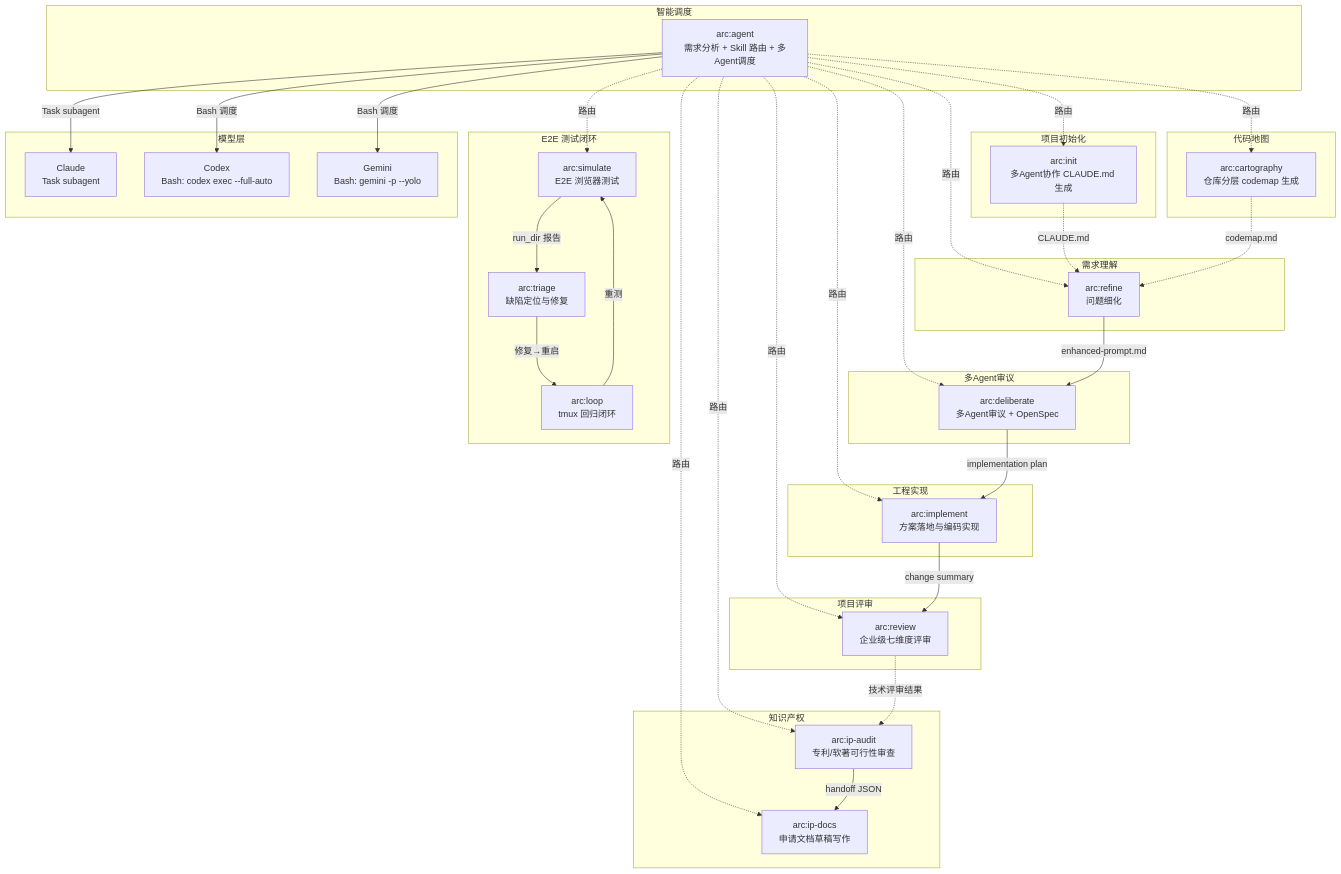
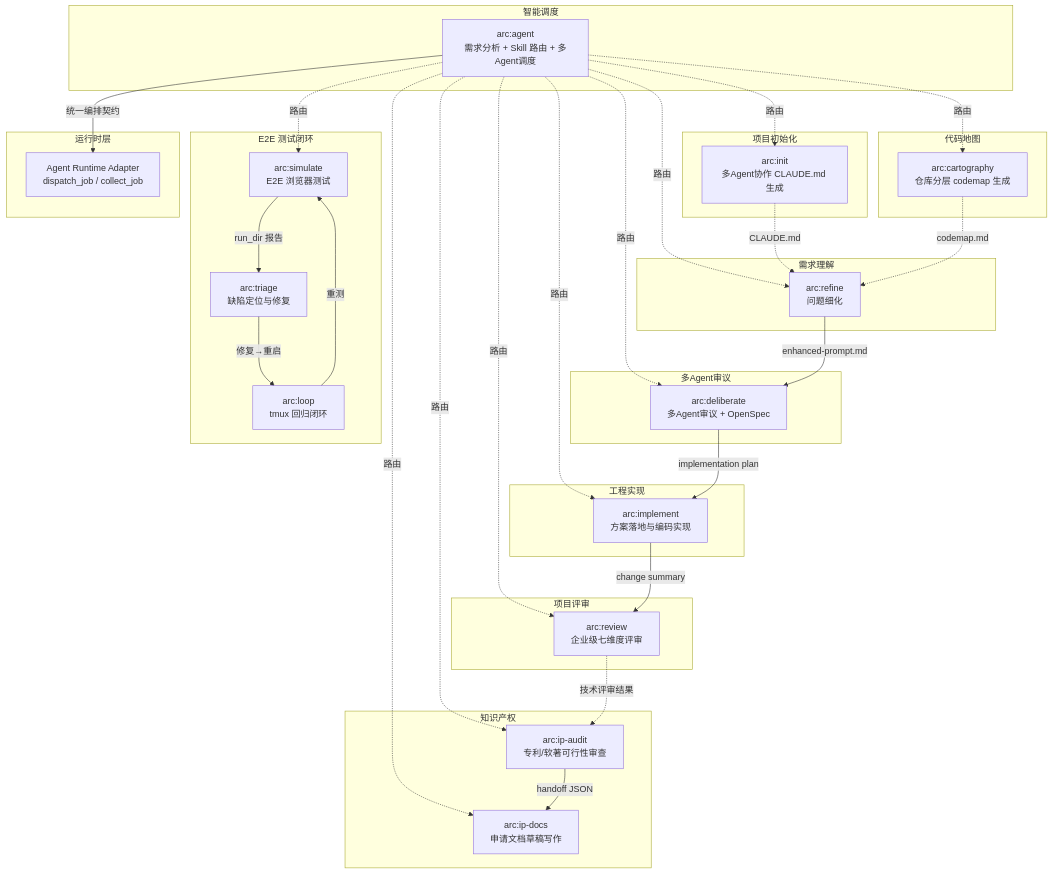
The first of 2 diagrams in README.md (iwen-conf/Skills), drawn with Mermaid before and after one commit. The commit also changed other lines of this file and 53 other files, not shown here.

````diff
--- a/README.md
+++ b/README.md
@@ -7,62 +7,58 @@
 ```mermaid
 graph TD
     subgraph "智能调度"
         agent["arc:agent<br/>需求分析 + Skill 路由 + 多Agent调度"]
     end
     subgraph "项目初始化"
         init["arc:init<br/>多Agent协作 CLAUDE.md 生成"]
     end
     subgraph "代码地图"
         cartography["arc:cartography<br/>仓库分层 codemap 生成"]
     end
     subgraph "需求理解"
         refine["arc:refine<br/>问题细化"]
     end
     subgraph "多Agent审议"
         deliberate["arc:deliberate<br/>多Agent审议 + OpenSpec"]
     end
     subgraph "工程实现"
         implement["arc:implement<br/>方案落地与编码实现"]
     end
     subgraph "项目评审"
         review["arc:review<br/>企业级七维度评审"]
     end
     subgraph "知识产权"
         ip_audit["arc:ip-audit<br/>专利/软著可行性审查"]
         ip_docs["arc:ip-docs<br/>申请文档草稿写作"]
     end
     subgraph "E2E 测试闭环"
         simulate["arc:simulate<br/>E2E 浏览器测试"]
         triage["arc:triage<br/>缺陷定位与修复"]
         loop["arc:loop<br/>tmux 回归闭环"]
     end
-    subgraph "模型层"
-        claude["Claude<br/>Task subagent"]
-        codex["Codex<br/>Bash: codex exec --full-auto"]
-        gemini["Gemini<br/>Bash: gemini -p --yolo"]
+    subgraph "运行时层"
+        runtime["Agent Runtime Adapter<br/>dispatch_job / collect_job"]
     end
 
     agent -.->|"路由"| init
     agent -.->|"路由"| cartography
     agent -.->|"路由"| refine
     agent -.->|"路由"| deliberate
     agent -.->|"路由"| implement
     agent -.->|"路由"| review
     agent -.->|"路由"| ip_audit
     agent -.->|"路由"| ip_docs
     agent -.->|"路由"| simulate
-    agent -->|"Task subagent"| claude
-    agent -->|"Bash 调度"| codex
-    agent -->|"Bash 调度"| gemini
+    agent -->|"统一编排契约"| runtime
 
     init -.->|"CLAUDE.md"| refine
     cartography -.->|"codemap.md"| refine
     refine -->|"enhanced-prompt.md"| deliberate
     deliberate -->|"implementation plan"| implement
     implement -->|"change summary"| review
     review -.->|"技术评审结果"| ip_audit
     ip_audit -->|"handoff JSON"| ip_docs
     simulate -->|"run_dir 报告"| triage
     triage -->|"修复→重启"| loop
     loop -->|"重测"| simulate
 ```
````
